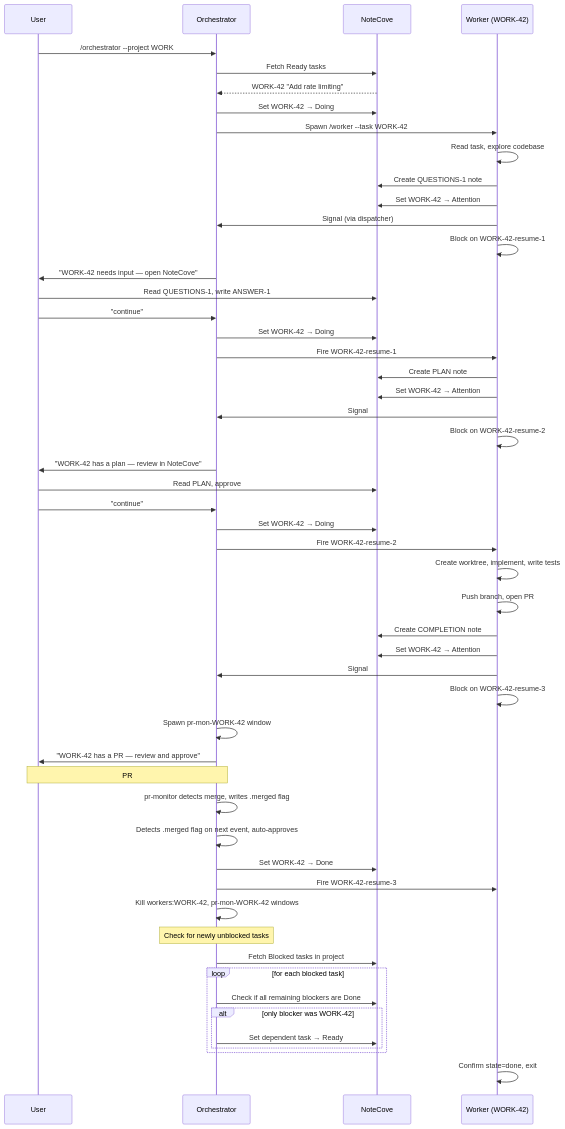
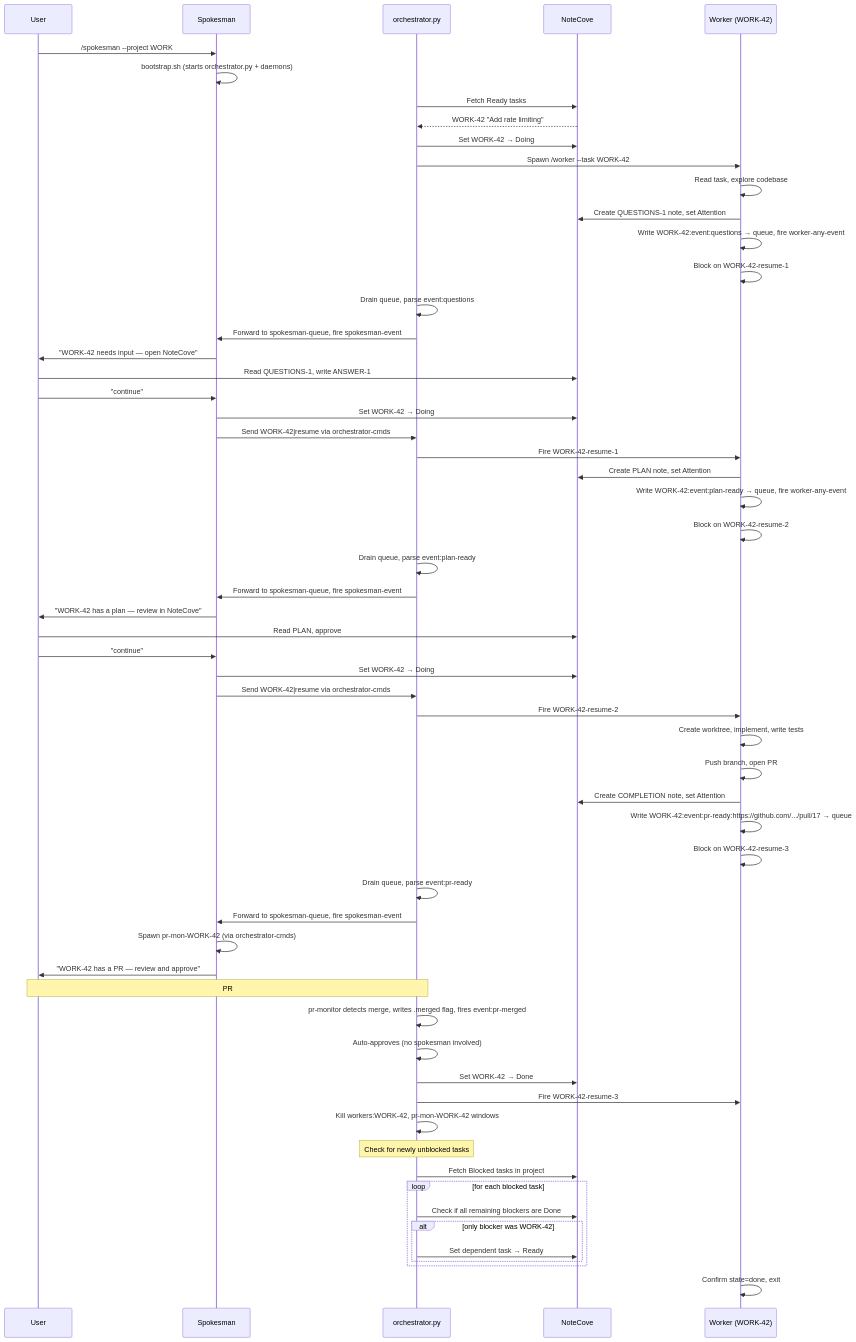
Diagram 11 of 13 in docs/agentic-workflow.md (gara2000/agentmesh), drawn with Mermaid before and after one commit. The commit also changed other lines of this file and 13 other files, not shown here.

First line of the commit message:
feat(orchestrator): split orchestrator into Spokesman + orchestrator.py daemon [WORK-xs2]

````diff
--- a/docs/agentic-workflow.md
+++ b/docs/agentic-workflow.md
@@ -358,63 +378,70 @@
 ```mermaid
 sequenceDiagram
     participant U as User
-    participant O as Orchestrator
+    participant SP as Spokesman
+    participant OP as orchestrator.py
     participant NC as NoteCove
     participant W as Worker (WORK-42)
 
-    U->>O: /orchestrator --project WORK
-    O->>NC: Fetch Ready tasks
-    NC-->>O: WORK-42 "Add rate limiting"
-    O->>NC: Set WORK-42 → Doing
-    O->>W: Spawn /worker --task WORK-42
+    U->>SP: /spokesman --project WORK
+    SP->>SP: bootstrap.sh (starts orchestrator.py + daemons)
+    OP->>NC: Fetch Ready tasks
+    NC-->>OP: WORK-42 "Add rate limiting"
+    OP->>NC: Set WORK-42 → Doing
+    OP->>W: Spawn /worker --task WORK-42
 
     W->>W: Read task, explore codebase
-    W->>NC: Create QUESTIONS-1 note
-    W->>NC: Set WORK-42 → Attention
-    W->>O: Signal (via dispatcher)
+    W->>NC: Create QUESTIONS-1 note, set Attention
+    W->>W: Write WORK-42:event:questions → queue, fire worker-any-event
     W->>W: Block on WORK-42-resume-1
 
-    O->>U: "WORK-42 needs input — open NoteCove"
+    OP->>OP: Drain queue, parse event:questions
+    OP->>SP: Forward to spokesman-queue, fire spokesman-event
+    SP->>U: "WORK-42 needs input — open NoteCove"
     U->>NC: Read QUESTIONS-1, write ANSWER-1
-    U->>O: "continue"
-    O->>NC: Set WORK-42 → Doing
-    O->>W: Fire WORK-42-resume-1
+    U->>SP: "continue"
+    SP->>NC: Set WORK-42 → Doing
+    SP->>OP: Send WORK-42|resume via orchestrator-cmds
+    OP->>W: Fire WORK-42-resume-1
 
-    W->>NC: Create PLAN note
-    W->>NC: Set WORK-42 → Attention
-    W->>O: Signal
+    W->>NC: Create PLAN note, set Attention
+    W->>W: Write WORK-42:event:plan-ready → queue, fire worker-any-event
     W->>W: Block on WORK-42-resume-2
 
-    O->>U: "WORK-42 has a plan — review in NoteCove"
+    OP->>OP: Drain queue, parse event:plan-ready
+    OP->>SP: Forward to spokesman-queue, fire spokesman-event
+    SP->>U: "WORK-42 has a plan — review in NoteCove"
     U->>NC: Read PLAN, approve
-    U->>O: "continue"
-    O->>NC: Set WORK-42 → Doing
-    O->>W: Fire WORK-42-resume-2
+    U->>SP: "continue"
+    SP->>NC: Set WORK-42 → Doing
+    SP->>OP: Send WORK-42|resume via orchestrator-cmds
+    OP->>W: Fire WORK-42-resume-2
 
     W->>W: Create worktree, implement, write tests
     W->>W: Push branch, open PR #17
-    W->>NC: Create COMPLETION note
-    W->>NC: Set WORK-42 → Attention
-    W->>O: Signal
+    W->>NC: Create COMPLETION note, set Attention
+    W->>W: Write WORK-42:event:pr-ready:https://github.com/.../pull/17 → queue
     W->>W: Block on WORK-42-resume-3
 
-    O->>O: Spawn pr-mon-WORK-42 window
-    O->>U: "WORK-42 has a PR — review and approve"
-    Note over O,U: PR #17 is merged on GitHub
-    O->>O: pr-monitor detects merge, writes .merged flag
-    O->>O: Detects .merged flag on next event, auto-approves
-    O->>NC: Set WORK-42 → Done
-    O->>W: Fire WORK-42-resume-3
-    O->>O: Kill workers:WORK-42, pr-mon-WORK-42 windows
+    OP->>OP: Drain queue, parse event:pr-ready
+    OP->>SP: Forward to spokesman-queue, fire spokesman-event
+    SP->>SP: Spawn pr-mon-WORK-42 (via orchestrator-cmds)
+    SP->>U: "WORK-42 has a PR — review and approve"
+    Note over OP,U: PR #17 is merged on GitHub
+    OP->>OP: pr-monitor detects merge, writes .merged flag, fires event:pr-merged
+    OP->>OP: Auto-approves (no spokesman involved)
+    OP->>NC: Set WORK-42 → Done
+    OP->>W: Fire WORK-42-resume-3
+    OP->>OP: Kill workers:WORK-42, pr-mon-WORK-42 windows
 
-    Note over O: Check for newly unblocked tasks
-    O->>NC: Fetch Blocked tasks in project
+    Note over OP: Check for newly unblocked tasks
+    OP->>NC: Fetch Blocked tasks in project
     loop for each blocked task
-        O->>NC: Check if all remaining blockers are Done
+        OP->>NC: Check if all remaining blockers are Done
         alt only blocker was WORK-42
-            O->>NC: Set dependent task → Ready
+            OP->>NC: Set dependent task → Ready
         end
     end
 
     W->>W: Confirm state=done, exit
 ```
````
